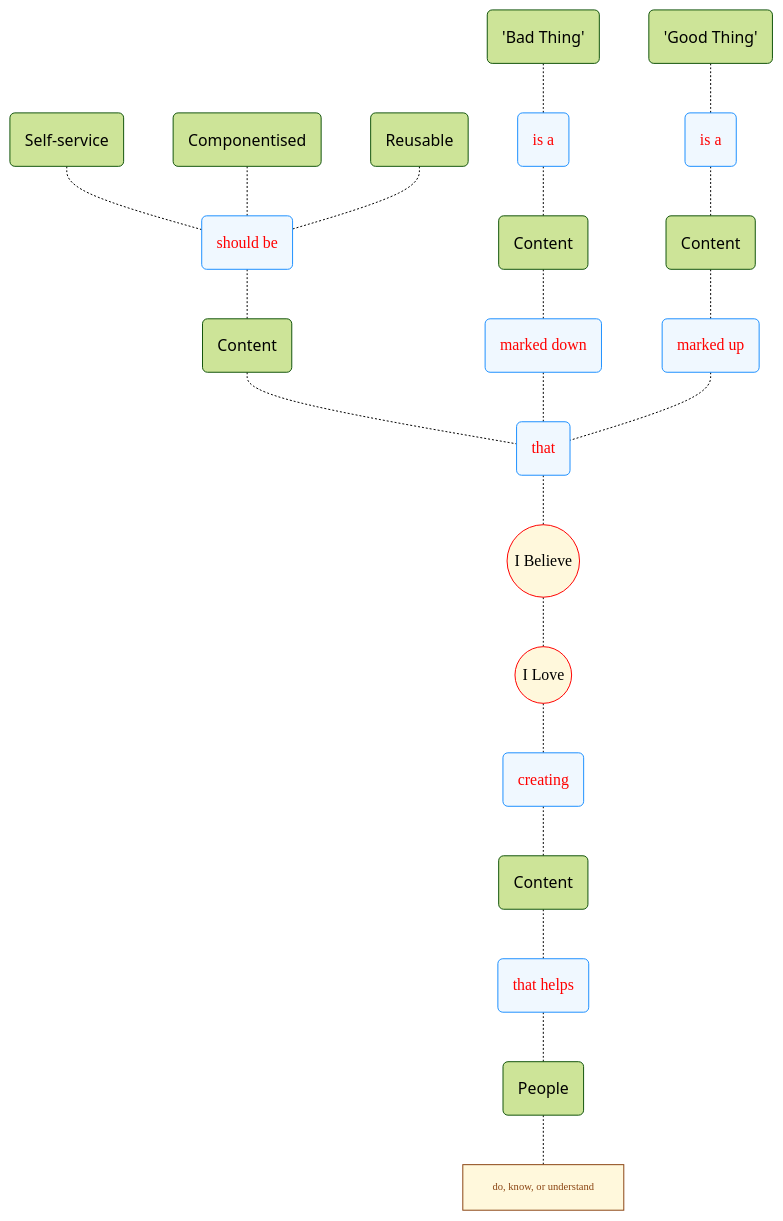
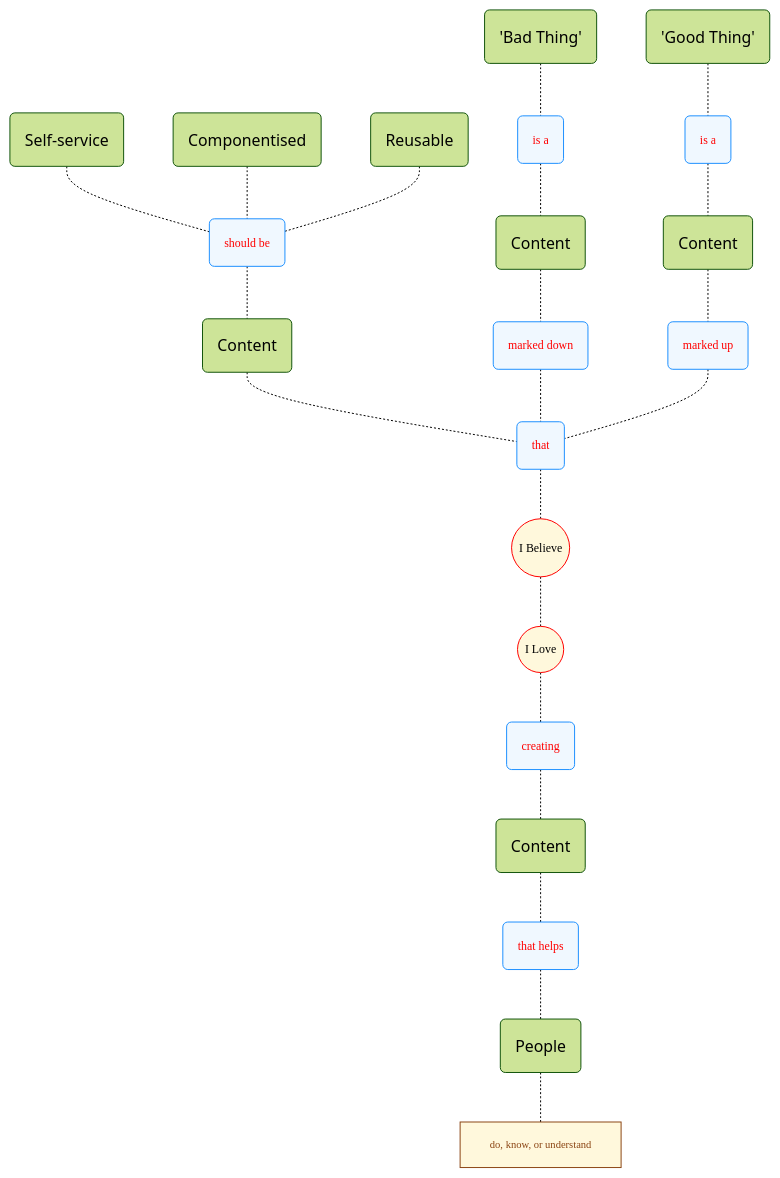
Before and after one commit to joe-dorward/samples: the first of 2 diagrams in my_mindmap_02.md, drawn with Mermaid.

````diff
--- a/my_mindmap_02.md
+++ b/my_mindmap_02.md
@@ -1,56 +1,56 @@
 ```mermaid
 %%{init: { "theme":"forest"} }%%
 flowchart TD
-  classDef Start fill:cornsilk, stroke:red, font-family:verdana;
-  classDef Verb fill:aliceblue, color:red, stroke:dodgerblue, font-family:verdana;
+  classDef Start fill:cornsilk, stroke:red, font-family:verdana, font-size:9pt;
+  classDef Verb fill:aliceblue, color:red, stroke:dodgerblue, font-family:verdana, font-size:9pt;
   classDef Note fill:cornsilk, stroke:saddlebrown, color:saddlebrown, font-family:verdana, font-size:8pt, text-align:left;
 
   SELF_SERVICE("Self-service")
   COMPONENTISED("Componentised")
   REUSABLE("Reusable")
 
   CONTENT_1("Content")
 
   SHOULD_BE_1("should be")
   THAT_1("that")
 
   I_BELIEVE(("I Believe")):::Start
 
   class SHOULD_BE_1,THAT_1 Verb;
 
   SELF_SERVICE-.-SHOULD_BE_1-.-CONTENT_1-.-THAT_1-.-I_BELIEVE
   COMPONENTISED-.-SHOULD_BE_1
   REUSABLE-.-SHOULD_BE_1
 
   %% ----------
   BAD_THING("'Bad Thing'")
   IS_A_1("is a")
   CONTENT_2("Content")
   MARKED_DOWN("marked down")
 
   GOOD_THING("'Good Thing'")
   IS_A_2("is a")
   CONTENT_3("Content")
   MARKED_UP("marked up")
 
   BAD_THING-.-IS_A_1-.-CONTENT_2-.-MARKED_DOWN-.-THAT_1
   GOOD_THING-.-IS_A_2-.-CONTENT_3-.-MARKED_UP-.-THAT_1
 
   class MARKED_DOWN,IS_A_1,MARKED_UP,IS_A_2 Verb;
 
   %% ==========
   I_LOVE(("I Love")):::Start
 
   I_BELIEVE-.-I_LOVE
   %% ---------- ---------- ---------- ---------- ----------
   CREATING("creating")
   CONTENT_4("Content")
   THAT_HELPS("that helps")
   PEOPLE("People")
   DO_KNOW_UNDERSTAND["do, know, or understand"]
 
   class CREATING,THAT_HELPS Verb;
   class DO_KNOW_UNDERSTAND Note;
 
   I_LOVE-.-CREATING-.-CONTENT_4-.-THAT_HELPS-.-PEOPLE-.-DO_KNOW_UNDERSTAND
 ```
````
